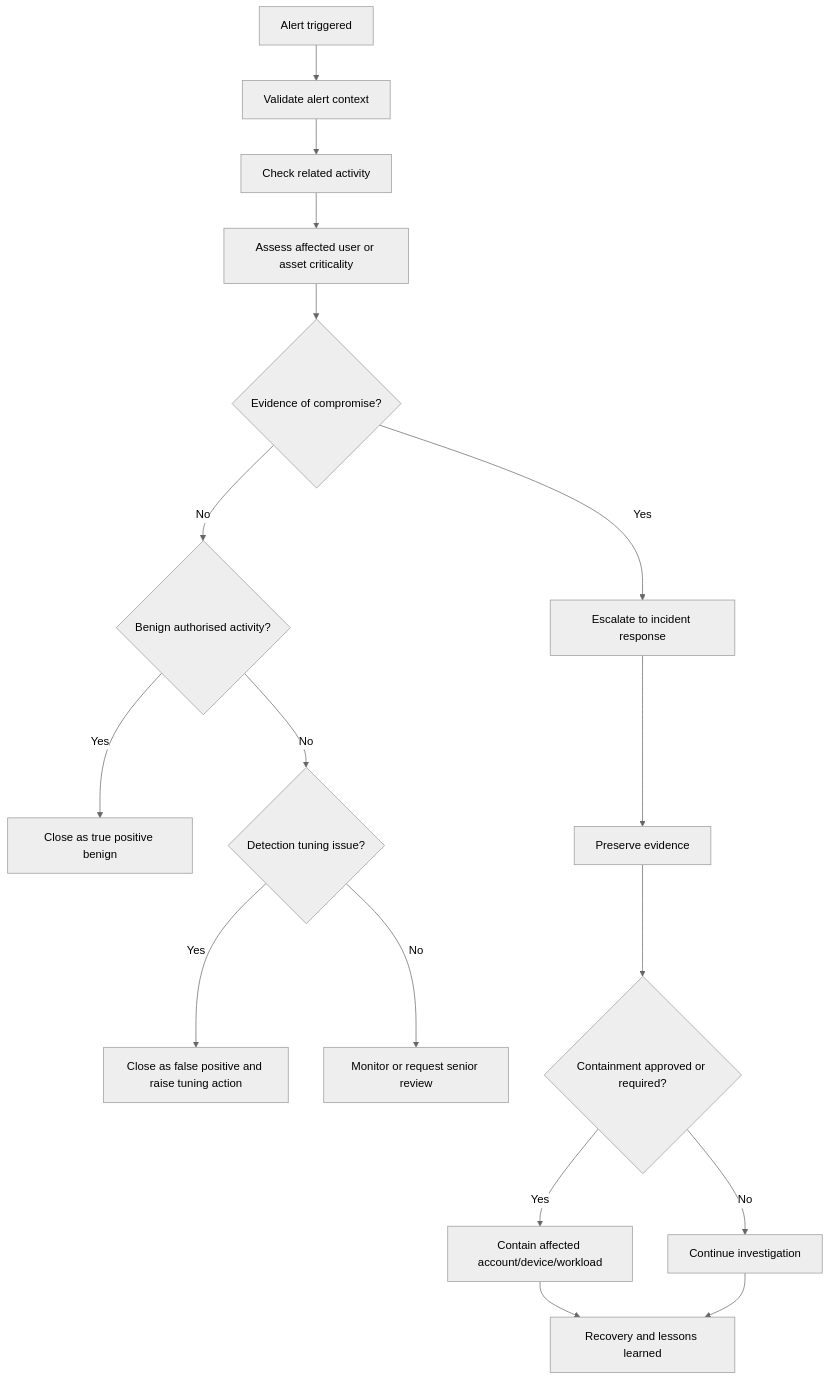
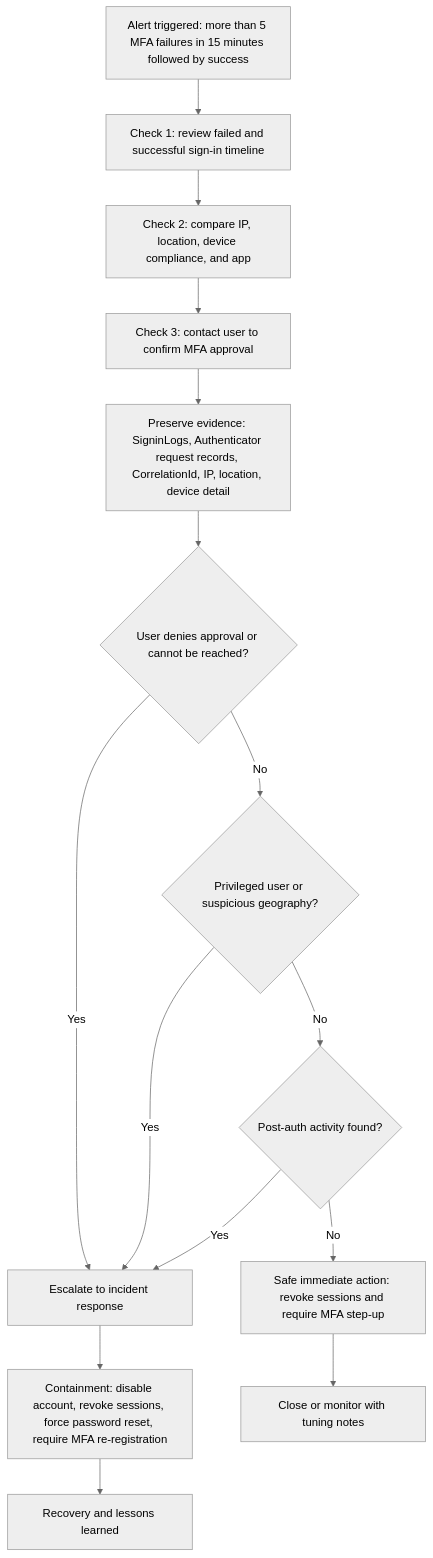
Before and after one commit to sharRahul/soc-usecases-and-playbooks: the first of 5 diagrams in docs/playbook-flowcharts.md, drawn with Mermaid (neutral theme). The commit also changed other lines of this file, not shown here.

Commit message:
Add use-case specific SOC playbook flowcharts

````diff
--- a/docs/playbook-flowcharts.md
+++ b/docs/playbook-flowcharts.md
@@ -11,19 +17,17 @@
 ```mermaid
 flowchart TD
-    A[Alert triggered] --> B[Validate alert context]
-    B --> C[Check related activity]
-    C --> D[Assess affected user or asset criticality]
-    D --> E{Evidence of compromise?}
-    E -- Yes --> F[Escalate to incident response]
-    E -- No --> G{Benign authorised activity?}
-    G -- Yes --> H[Close as true positive benign]
-    G -- No --> I{Detection tuning issue?}
-    I -- Yes --> J[Close as false positive and raise tuning action]
-    I -- No --> K[Monitor or request senior review]
-    F --> L[Preserve evidence]
-    L --> M{Containment approved or required?}
-    M -- Yes --> N[Contain affected account/device/workload]
-    M -- No --> O[Continue investigation]
-    N --> P[Recovery and lessons learned]
-    O --> P
+    A[Alert triggered: more than 5 MFA failures in 15 minutes followed by success] --> B[Check 1: review failed and successful sign-in timeline]
+    B --> C[Check 2: compare IP, location, device compliance, and app]
+    C --> D[Check 3: contact user to confirm MFA approval]
+    D --> E[Preserve evidence: SigninLogs, Authenticator request records, CorrelationId, IP, location, device detail]
+    E --> F{User denies approval or cannot be reached?}
+    F -- Yes --> G[Escalate to incident response]
+    F -- No --> H{Privileged user or suspicious geography?}
+    H -- Yes --> G
+    H -- No --> I{Post-auth activity found?}
+    I -- Yes --> G
+    I -- No --> J[Safe immediate action: revoke sessions and require MFA step-up]
+    G --> K[Containment: disable account, revoke sessions, force password reset, require MFA re-registration]
+    J --> L[Close or monitor with tuning notes]
+    K --> M[Recovery and lessons learned]
 ```
````
